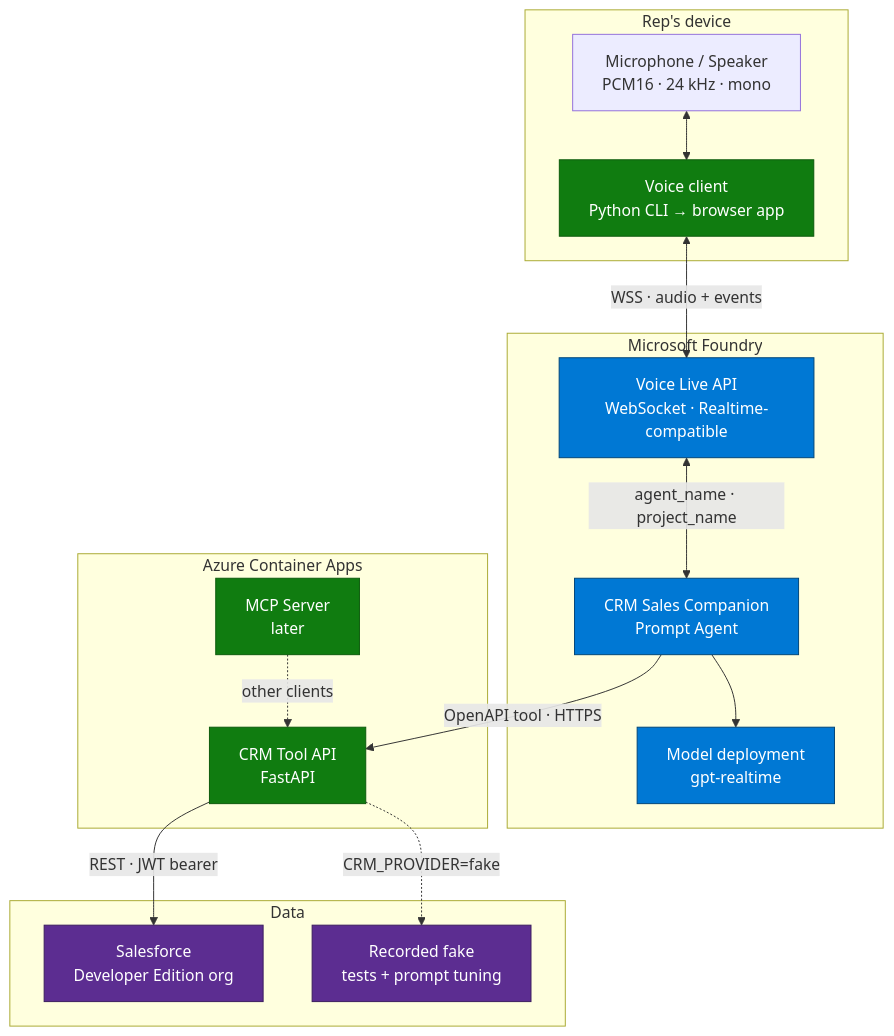
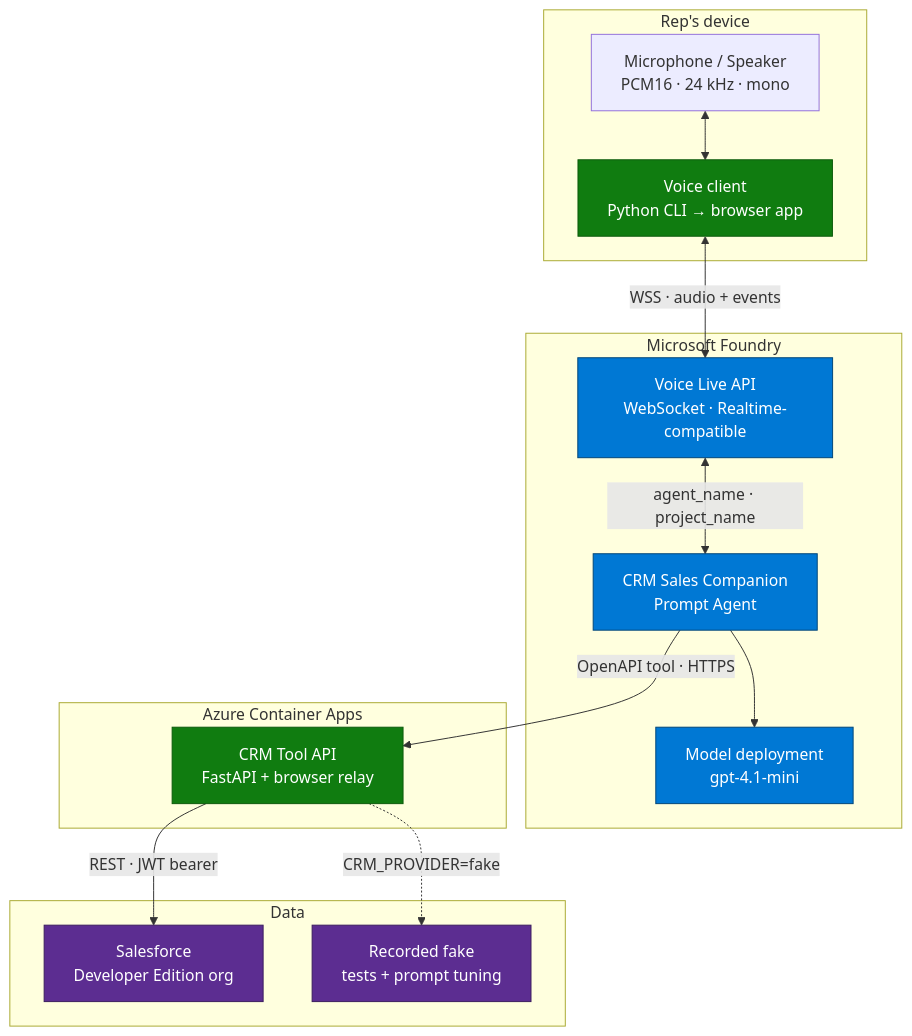
The first of 7 diagrams in README.md (mikefelder/foundry-voice-agent-crm-poc), drawn with Mermaid before and after one commit. The commit also changed other lines of this file and 19 other files, not shown here.

````diff
--- a/README.md
+++ b/README.md
@@ -118,39 +128,37 @@
 ```mermaid
 graph TB
     subgraph Client["Rep's device"]
         MIC["Microphone / Speaker<br/>PCM16 · 24 kHz · mono"]
         CLI["Voice client<br/>Python CLI → browser app"]
     end
 
     subgraph Foundry["Microsoft Foundry"]
         VL["Voice Live API<br/>WebSocket · Realtime-compatible"]
         AGENT["CRM Sales Companion<br/>Prompt Agent"]
-        MODEL["Model deployment<br/>gpt-realtime"]
+        MODEL["Model deployment<br/>gpt-4.1-mini"]
     end
 
     subgraph ACA["Azure Container Apps"]
-        API["CRM Tool API<br/>FastAPI"]
-        MCP["MCP Server<br/>later"]
+        API["CRM Tool API<br/>FastAPI + browser relay"]
     end
 
     subgraph Data["Data"]
         SF["Salesforce<br/>Developer Edition org"]
         FAKE["Recorded fake<br/>tests + prompt tuning"]
     end
 
     MIC <--> CLI
     CLI <-->|"WSS · audio + events"| VL
     VL <-->|"agent_name · project_name"| AGENT
     AGENT --> MODEL
     AGENT -->|"OpenAPI tool · HTTPS"| API
-    MCP -.->|"other clients"| API
     API -->|"REST · JWT bearer"| SF
     API -.->|"CRM_PROVIDER=fake"| FAKE
 
     classDef azure fill:#0078D4,stroke:#004578,color:#fff
     classDef app fill:#107C10,stroke:#0B5A0B,color:#fff
     classDef data fill:#5C2D91,stroke:#3B1D5E,color:#fff
     class VL,AGENT,MODEL azure
-    class API,MCP,CLI app
+    class API,CLI app
     class SF,FAKE data
 ```
````
